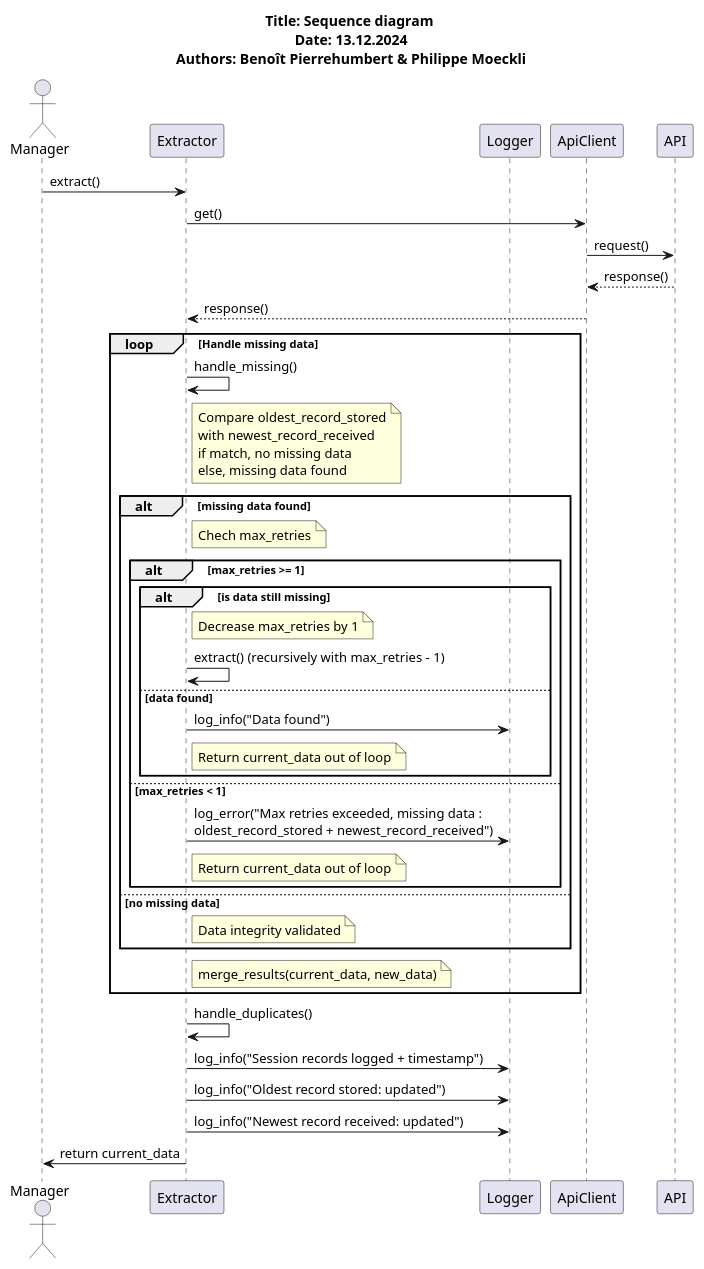
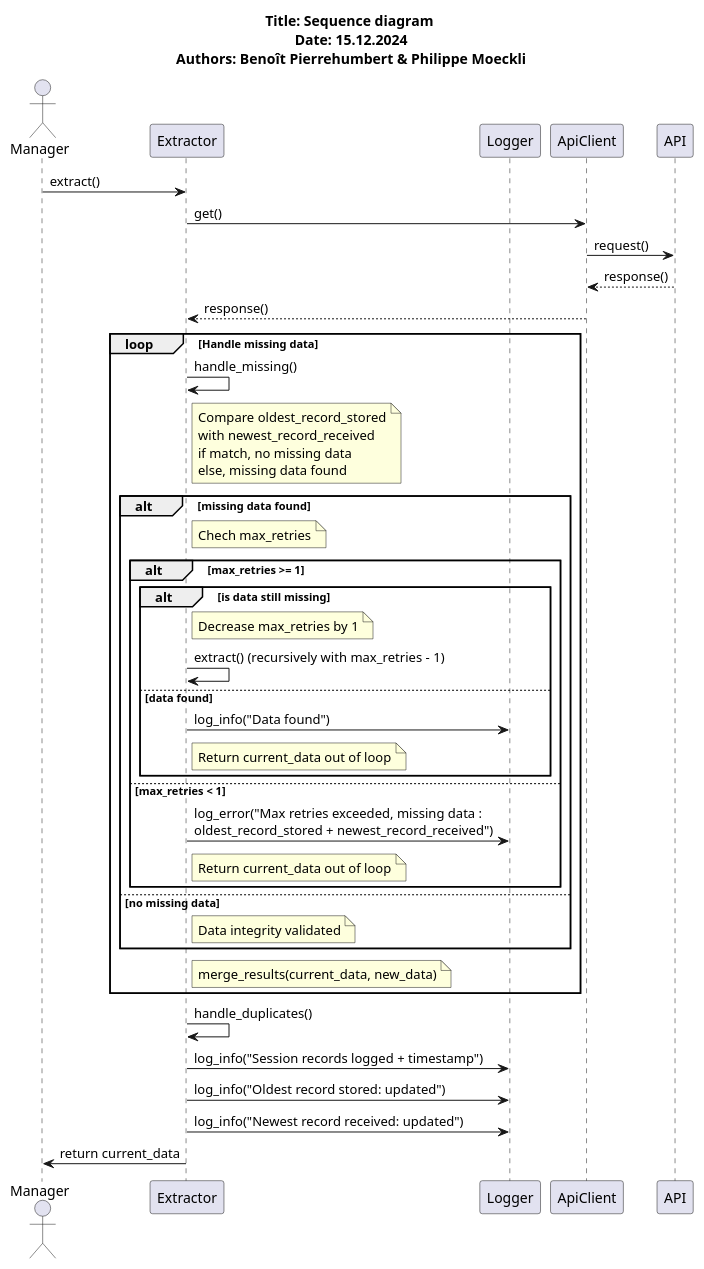
The diagram in docs/sequence_diagram.puml (CPNV-ES-BI1-SBB/EXTERNAL-SOURCE-EXTRACT), drawn with PlantUML before and after one commit. The commit also changed 3 other files, not shown here.

First line of the commit message:
docs: generate new updated png for diagrams

```diff
--- a/docs/sequence_diagram.puml
+++ b/docs/sequence_diagram.puml
@@ -1,45 +1,45 @@
 @startuml
 actor Manager
 participant "Extractor" as Extractor
 participant "Logger" as Logger
 participant "ApiClient" as ApiClient
 participant "API" as API
-title Title: Sequence diagram \nDate: 13.12.2024\nAuthors: Benoît Pierrehumbert & Philippe Moeckli
+title Title: Sequence diagram \nDate: 15.12.2024\nAuthors: Benoît Pierrehumbert & Philippe Moeckli
 Manager -> Extractor: extract()
 Extractor -> ApiClient: get()
 ApiClient -> API: request()
 API --> ApiClient: response()
 ApiClient --> Extractor: response()
 
 loop Handle missing data
     Extractor -> Extractor: handle_missing()
     note right of Extractor: Compare oldest_record_stored\nwith newest_record_received\nif match, no missing data\nelse, missing data found
     alt missing data found
         note right of Extractor: Chech max_retries
         alt max_retries >= 1
             alt is data still missing
                 note right of Extractor: Decrease max_retries by 1
                 Extractor -> Extractor: extract() (recursively with max_retries - 1)
             else data found
                 Extractor -> Logger: log_info("Data found")
                 note right of Extractor: Return current_data out of loop
             end
         else max_retries < 1
             Extractor -> Logger: log_error("Max retries exceeded, missing data : \noldest_record_stored + newest_record_received")
             note right of Extractor: Return current_data out of loop
         end
     else no missing data
         note right of Extractor: Data integrity validated
     end
 note right of Extractor: merge_results(current_data, new_data)
 end
 
 Extractor -> Extractor: handle_duplicates()
 Extractor -> Logger: log_info("Session records logged + timestamp")
 Extractor -> Logger: log_info("Oldest record stored: updated")
 Extractor -> Logger: log_info("Newest record received: updated")
 Extractor -> Manager: return current_data
 
 
 
 @enduml
```
